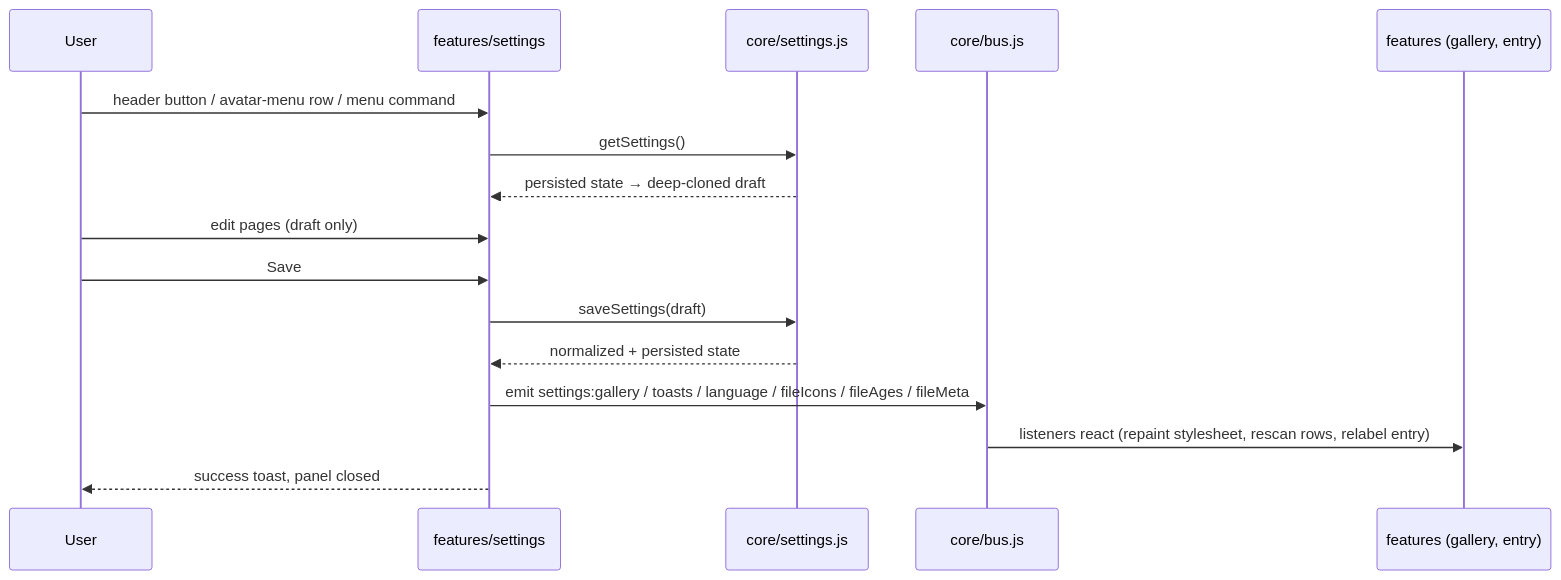
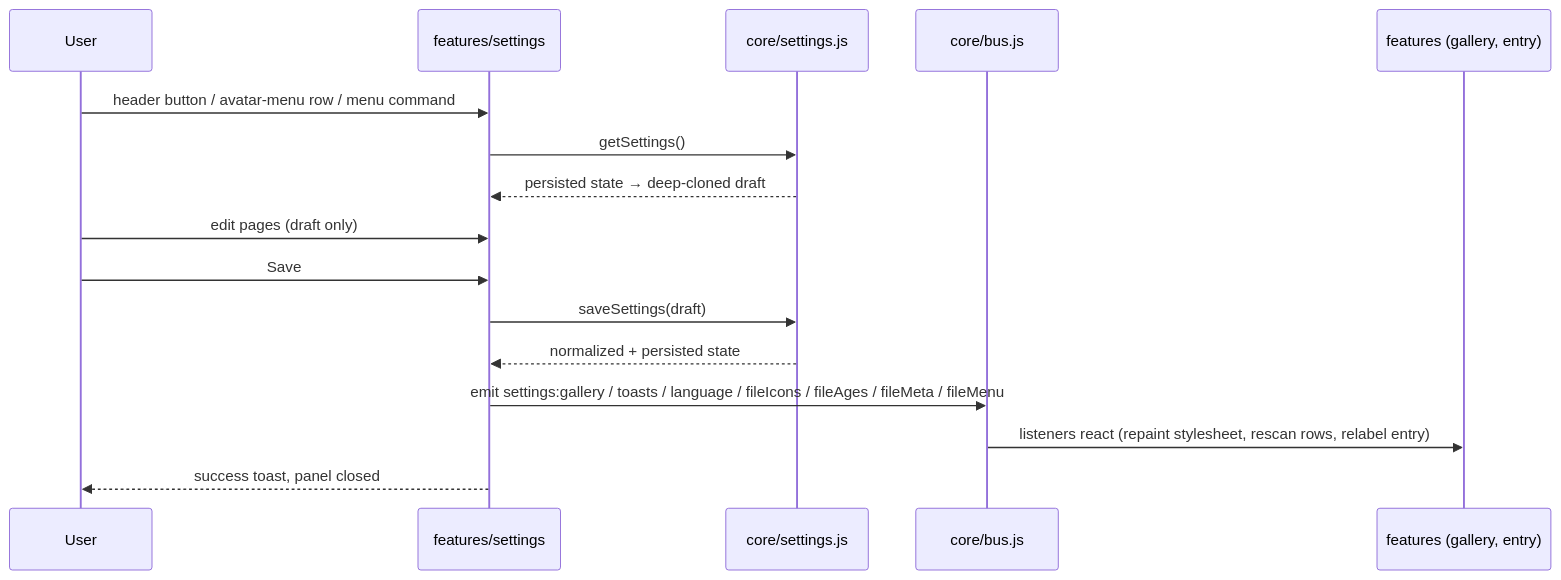
The third of 3 diagrams in docs/ARCHITECTURE.md (NemoKing1210/github-plus), drawn with Mermaid before and after one commit. The commit also changed other lines of this file and 45 other files, not shown here.

````diff
--- a/docs/ARCHITECTURE.md
+++ b/docs/ARCHITECTURE.md
@@ -163,19 +182,19 @@
 ```mermaid
 sequenceDiagram
   participant U as User
   participant P as features/settings
   participant S as core/settings.js
   participant B as core/bus.js
   participant F as features (gallery, entry)
 
   U->>P: header button / avatar-menu row / menu command
   P->>S: getSettings()
   S-->>P: persisted state → deep-cloned draft
   U->>P: edit pages (draft only)
   U->>P: Save
   P->>S: saveSettings(draft)
   S-->>P: normalized + persisted state
-  P->>B: emit settings:gallery / toasts / language / fileIcons / fileAges / fileMeta
+  P->>B: emit settings:gallery / toasts / language / fileIcons / fileAges / fileMeta / fileMenu
   B->>F: listeners react (repaint stylesheet, rescan rows, relabel entry)
   P-->>U: success toast, panel closed
 ```
````
